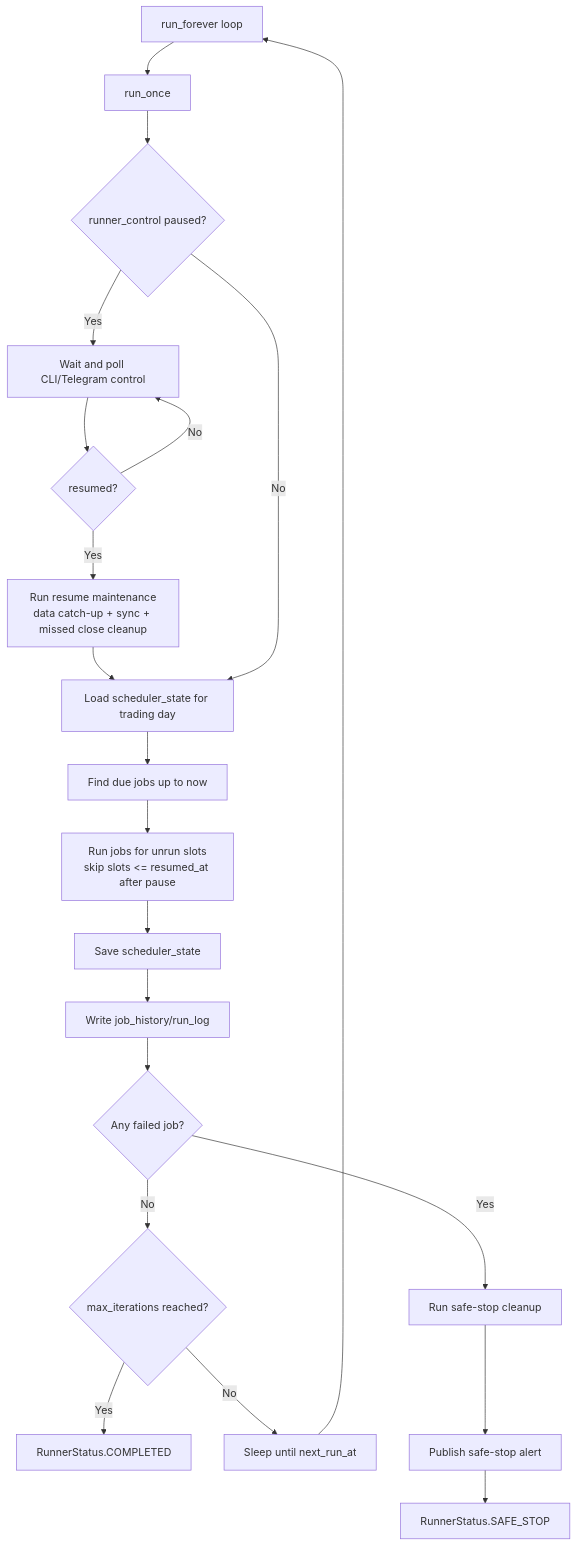
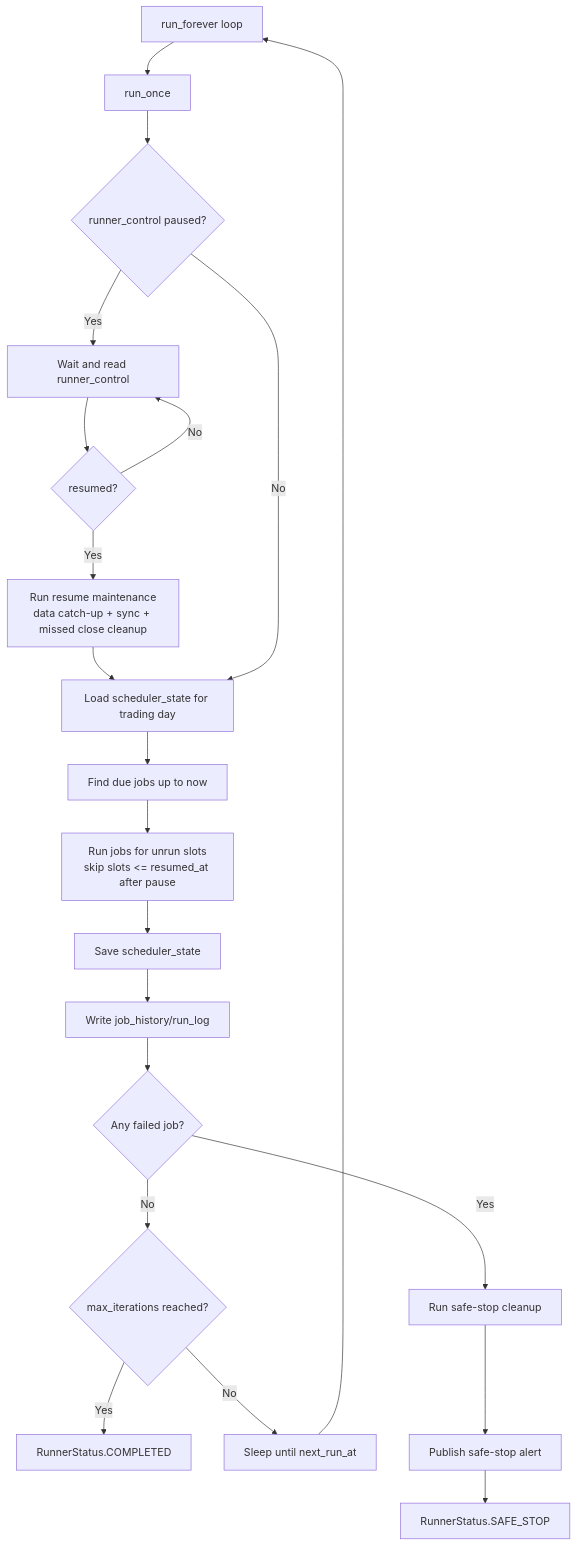
Before and after one commit to MQ813/AutoTrade: the second of 8 diagrams in docs/cli_run_continuous_flow.md, drawn with Mermaid. The commit also changed other lines of this file and 21 other files, not shown here.

Commit message:
Expand runtime Telegram control and notifications

````diff
--- a/docs/cli_run_continuous_flow.md
+++ b/docs/cli_run_continuous_flow.md
@@ -32,22 +33,22 @@
 ```mermaid
 flowchart TD
     A[run_forever loop] --> B[run_once]
     B --> B1{runner_control paused?}
-    B1 -->|Yes| B2[Wait and poll CLI/Telegram control]
+    B1 -->|Yes| B2[Wait and read runner_control]
     B2 --> B3{resumed?}
     B3 -->|No| B2
     B3 -->|Yes| B4[Run resume maintenance<br/>data catch-up + sync + missed close cleanup]
     B4 --> C
     B1 -->|No| C[Load scheduler_state for trading day]
     C --> D[Find due jobs up to now]
     D --> E[Run jobs for unrun slots<br/>skip slots <= resumed_at after pause]
     E --> F[Save scheduler_state]
     F --> G[Write job_history/run_log]
     G --> H{Any failed job?}
     H -->|No| I{max_iterations reached?}
     I -->|Yes| J[RunnerStatus.COMPLETED]
     I -->|No| K[Sleep until next_run_at] --> A
     H -->|Yes| L[Run safe-stop cleanup]
     L --> M[Publish safe-stop alert]
     M --> N[RunnerStatus.SAFE_STOP]
 ```
````
